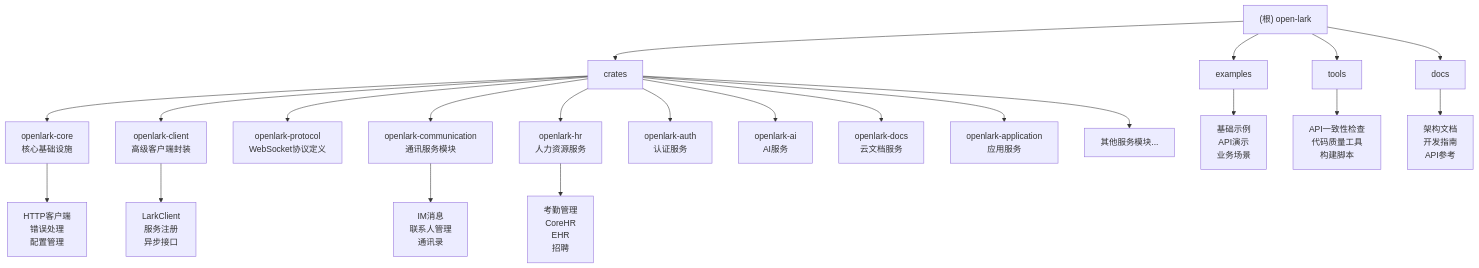
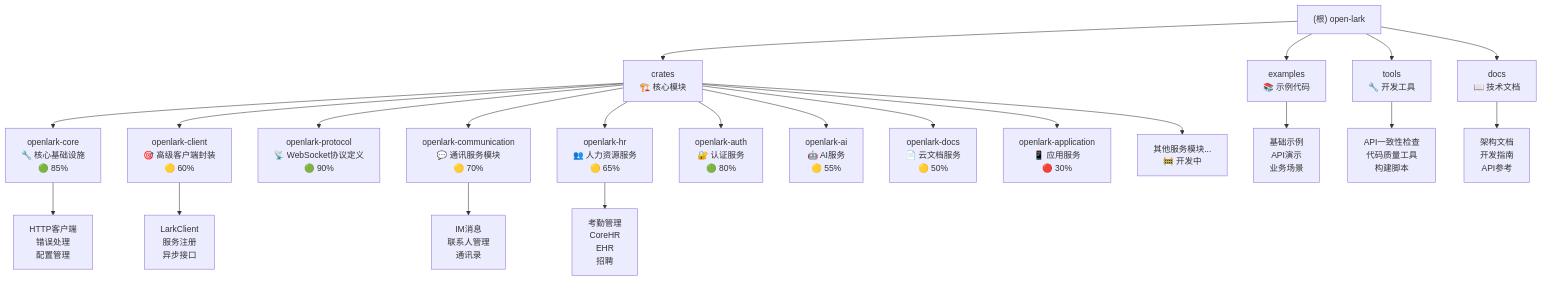
Before and after one commit to foxzool/open-lark: the first of 2 diagrams in CLAUDE.md, drawn with Mermaid. The commit also changed other lines of this file and 23 other files, not shown here.

````diff
--- a/CLAUDE.md
+++ b/CLAUDE.md
@@ -21,35 +22,35 @@
 ```mermaid
 graph TD
-    A["(根) open-lark"] --> B["examples"];
-    A --> C["crates"];
-    A --> D["tools"];
-    A --> E["docs"];
+    A["(根) open-lark"] --> B["examples<br/>📚 示例代码"];
+    A --> C["crates<br/>🏗️ 核心模块"];
+    A --> D["tools<br/>🔧 开发工具"];
+    A --> E["docs<br/>📖 技术文档"];
 
-    C --> C1["openlark-core<br/>核心基础设施"];
-    C --> C2["openlark-client<br/>高级客户端封装"];
-    C --> C3["openlark-protocol<br/>WebSocket协议定义"];
-    C --> C4["openlark-communication<br/>通讯服务模块"];
-    C --> C5["openlark-hr<br/>人力资源服务"];
-    C --> C6["openlark-auth<br/>认证服务"];
-    C --> C7["openlark-ai<br/>AI服务"];
-    C --> C8["openlark-docs<br/>云文档服务"];
-    C --> C9["openlark-application<br/>应用服务"];
-    C --> C10["其他服务模块..."];
+    C --> C1["openlark-core<br/>🔧 核心基础设施<br/>🟢 85%"];
+    C --> C2["openlark-client<br/>🎯 高级客户端封装<br/>🟡 60%"];
+    C --> C3["openlark-protocol<br/>📡 WebSocket协议定义<br/>🟢 90%"];
+    C --> C4["openlark-communication<br/>💬 通讯服务模块<br/>🟡 70%"];
+    C --> C5["openlark-hr<br/>👥 人力资源服务<br/>🟡 65%"];
+    C --> C6["openlark-auth<br/>🔐 认证服务<br/>🟢 80%"];
+    C --> C7["openlark-ai<br/>🤖 AI服务<br/>🟡 55%"];
+    C --> C8["openlark-docs<br/>📄 云文档服务<br/>🟡 50%"];
+    C --> C9["openlark-application<br/>📱 应用服务<br/>🔴 30%"];
+    C --> C10["其他服务模块...<br/>🚧 开发中"];
 
     C1 --> C11["HTTP客户端<br/>错误处理<br/>配置管理"];
     C2 --> C12["LarkClient<br/>服务注册<br/>异步接口"];
     C4 --> C13["IM消息<br/>联系人管理<br/>通讯录"];
     C5 --> C14["考勤管理<br/>CoreHR<br/>EHR<br/>招聘"];
 
     B --> B1["基础示例<br/>API演示<br/>业务场景"];
     D --> D1["API一致性检查<br/>代码质量工具<br/>构建脚本"];
     E --> E1["架构文档<br/>开发指南<br/>API参考"];
 
     click C1 "./crates/openlark-core/CLAUDE.md" "查看核心模块文档"
     click C2 "./crates/openlark-client/CLAUDE.md" "查看客户端模块文档"
     click C4 "./crates/openlark-communication/CLAUDE.md" "查看通讯模块文档"
     click C5 "./crates/openlark-hr/CLAUDE.md" "查看HR模块文档"
     click C6 "./crates/openlark-auth/CLAUDE.md" "查看认证模块文档"
     click C7 "./crates/openlark-ai/CLAUDE.md" "查看AI模块文档"
     click C8 "./crates/openlark-docs/CLAUDE.md" "查看文档模块文档"
 ```
````
